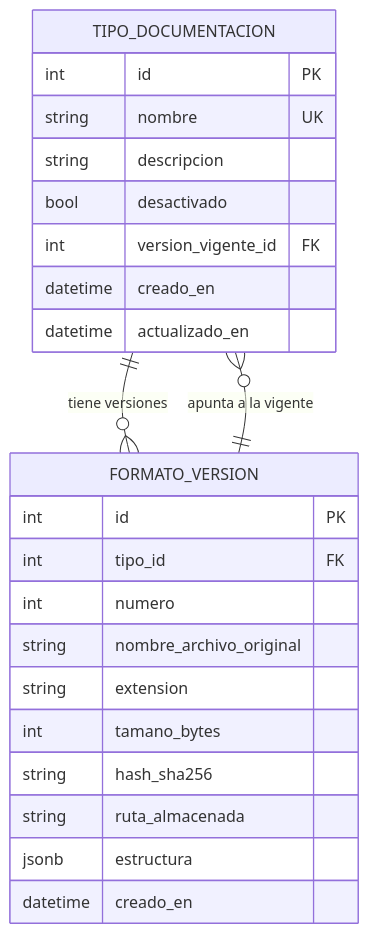
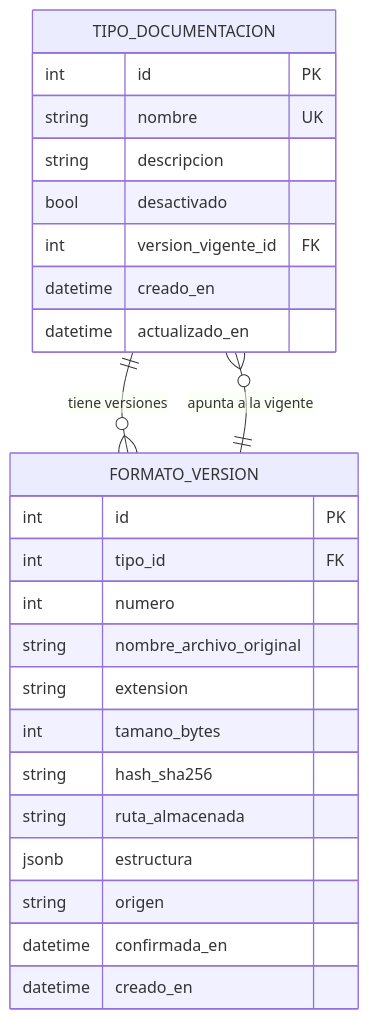
The first of 2 diagrams in specs/002-tipos-de-documentacion/data-model.md (dmoreno-d10a/VIDA), drawn with Mermaid before and after one commit. The commit also changed other lines of this file and 7 other files, not shown here.

````diff
--- a/specs/002-tipos-de-documentacion/data-model.md
+++ b/specs/002-tipos-de-documentacion/data-model.md
@@ -13,28 +13,30 @@
 ```mermaid
 erDiagram
     TIPO_DOCUMENTACION ||--o{ FORMATO_VERSION : "tiene versiones"
     TIPO_DOCUMENTACION }o--|| FORMATO_VERSION : "apunta a la vigente"
 
     TIPO_DOCUMENTACION {
         int id PK
         string nombre UK
         string descripcion
         bool desactivado
         int version_vigente_id FK
         datetime creado_en
         datetime actualizado_en
     }
 
     FORMATO_VERSION {
         int id PK
         int tipo_id FK
         int numero
         string nombre_archivo_original
         string extension
         int tamano_bytes
         string hash_sha256
         string ruta_almacenada
         jsonb estructura
+        string origen
+        datetime confirmada_en
         datetime creado_en
     }
 ```
````
